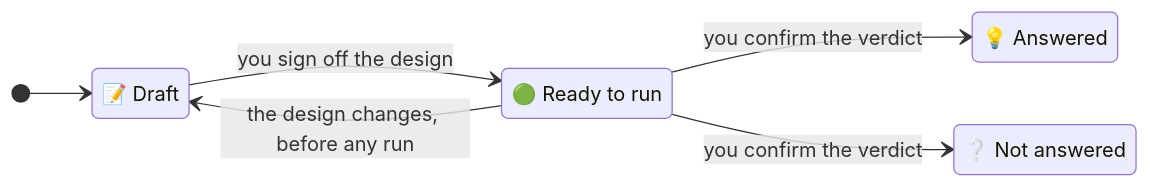
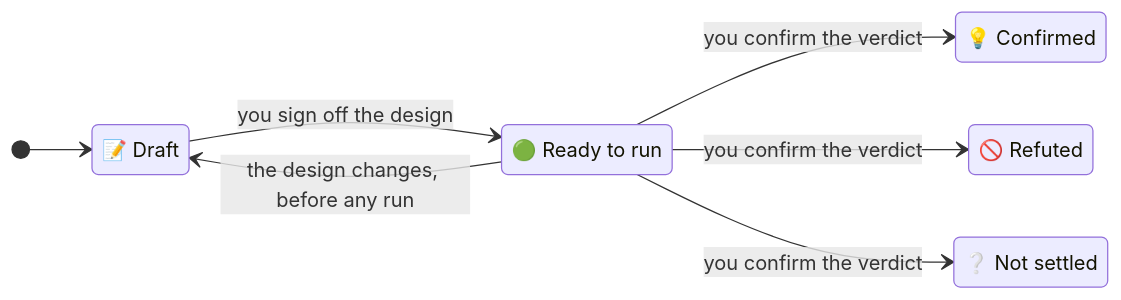
Before and after one commit to michaelmarconi/agentic-engineering: the second of 2 diagrams in docs/skills/spike.md, drawn with Mermaid. The commit also changed other lines of this file and 158 other files, not shown here.

````diff
--- a/docs/skills/spike.md
+++ b/docs/skills/spike.md
@@ -84,13 +97,15 @@
 ```mermaid
 stateDiagram-v2
     direction LR
     state "📝 Draft" as Draft
     state "🟢 Ready to run" as Ready
-    state "💡 Answered" as Answered
-    state "❔ Not answered" as NotAnswered
+    state "💡 Confirmed" as Confirmed
+    state "🚫 Refuted" as Refuted
+    state "❔ Not settled" as NotSettled
     [*] --> Draft
     Draft --> Ready: you sign off the design
     Ready --> Draft: the design changes, before any run
-    Ready --> Answered: you confirm the verdict
-    Ready --> NotAnswered: you confirm the verdict
+    Ready --> Confirmed: you confirm the verdict
+    Ready --> Refuted: you confirm the verdict
+    Ready --> NotSettled: you confirm the verdict
 ```
````
